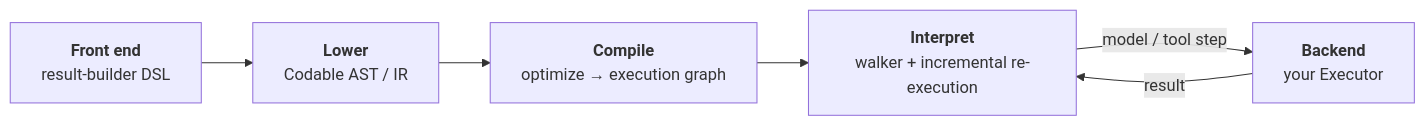
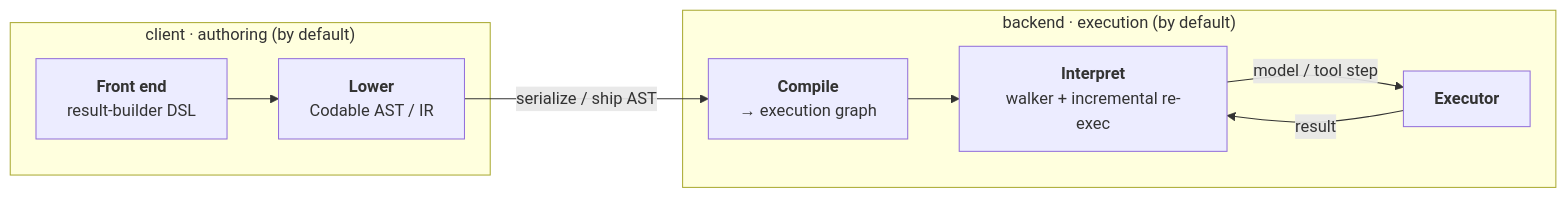
One commit to MacPaw/ComposablePipelines changed the diagram in README.md. Above: the diagram before and after it, drawn with Mermaid. The commit also changed other lines of this file and 7 other files, not shown here.

````diff
--- a/README.md
+++ b/README.md
@@ -50,8 +50,12 @@
 ```mermaid
 flowchart LR
-    A["<b>Front end</b><br/>result-builder DSL"] --> B["<b>Lower</b><br/>Codable AST / IR"]
-    B --> C["<b>Compile</b><br/>optimize → execution graph"]
-    C --> D["<b>Interpret</b><br/>walker + incremental re-execution"]
-    D -- "model / tool step" --> E["<b>Backend</b><br/>your Executor"]
-    E -- "result" --> D
+    subgraph client["client · authoring (by default)"]
+        A["<b>Front end</b><br/>result-builder DSL"] --> B["<b>Lower</b><br/>Codable AST / IR"]
+    end
+    subgraph backend["backend · execution (by default)"]
+        C["<b>Compile</b><br/>→ execution graph"] --> D["<b>Interpret</b><br/>walker + incremental re-exec"]
+        D -- "model / tool step" --> E["<b>Executor</b>"]
+        E -- "result" --> D
+    end
+    B -- "serialize / ship AST" --> C
 ```
````
